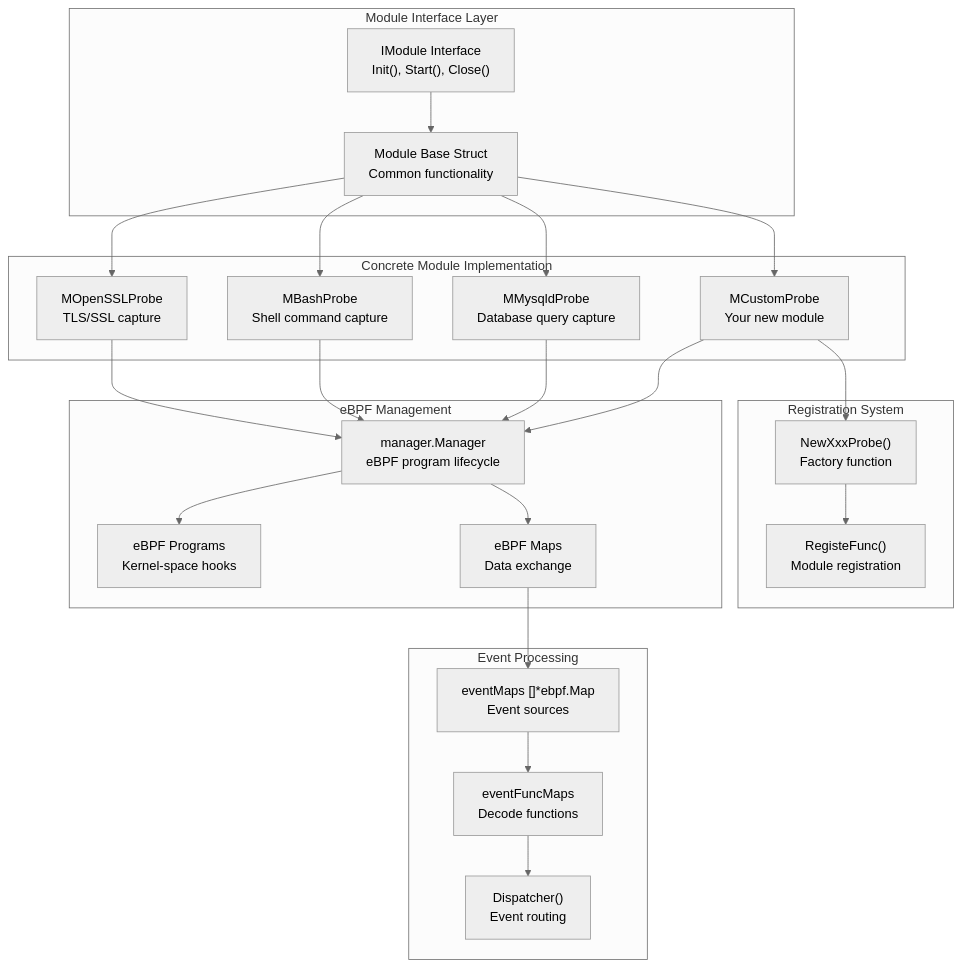
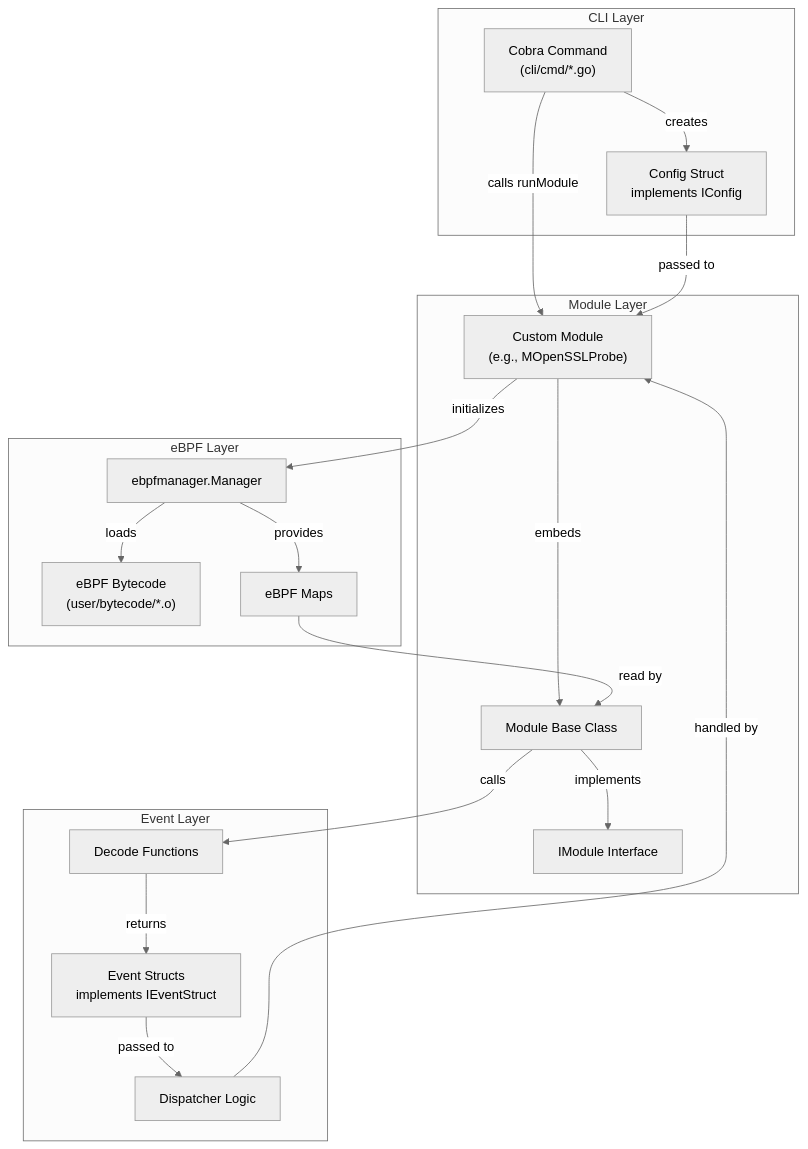
One commit to gojue/ecapture.cc changed the first of 4 diagrams in src/en/5-development-guide/5.3-adding-new-modules.md. Above: the diagram before and after it, drawn with Mermaid (neutral theme). The commit also changed other lines of this file and 115 other files, not shown here.

````diff
--- a/src/en/5-development-guide/5.3-adding-new-modules.md
+++ b/src/en/5-development-guide/5.3-adding-new-modules.md
@@ -35,52 +47,42 @@
 ```mermaid
 graph TB
-    subgraph "Module Interface Layer"
-        IModule["IModule Interface<br/>Init(), Start(), Close()"]
-        Module["Module Base Struct<br/>Common functionality"]
+    subgraph "CLI Layer"
+        CMD["Cobra Command<br/>(cli/cmd/*.go)"]
+        CONFIG["Config Struct<br/>implements IConfig"]
     end
     
-    subgraph "Concrete Module Implementation"
-        OpenSSL["MOpenSSLProbe<br/>TLS/SSL capture"]
-        Bash["MBashProbe<br/>Shell command capture"]
-        MySQL["MMysqldProbe<br/>Database query capture"]
-        Custom["MCustomProbe<br/>Your new module"]
+    subgraph "Module Layer"
+        IMODULE["IModule Interface"]
+        BASE["Module Base Class"]
+        CUSTOM["Custom Module<br/>(e.g., MOpenSSLProbe)"]
     end
     
-    subgraph "eBPF Management"
-        Manager["manager.Manager<br/>eBPF program lifecycle"]
-        Programs["eBPF Programs<br/>Kernel-space hooks"]
-        Maps["eBPF Maps<br/>Data exchange"]
+    subgraph "eBPF Layer"
+        BYTECODE["eBPF Bytecode<br/>(user/bytecode/*.o)"]
+        MANAGER["ebpfmanager.Manager"]
+        MAPS["eBPF Maps"]
     end
     
-    subgraph "Event Processing"
-        EventMaps["eventMaps []*ebpf.Map<br/>Event sources"]
-        DecodeFun["eventFuncMaps<br/>Decode functions"]
-        Dispatcher["Dispatcher()<br/>Event routing"]
+    subgraph "Event Layer"
+        DECODER["Decode Functions"]
+        EVENTS["Event Structs<br/>implements IEventStruct"]
+        DISPATCHER["Dispatcher Logic"]
     end
     
-    subgraph "Registration System"
-        Factory["NewXxxProbe()<br/>Factory function"]
-        Register["RegisteFunc()<br/>Module registration"]
-    end
+    CMD -->|creates| CONFIG
+    CMD -->|calls runModule| CUSTOM
+    CONFIG -->|passed to| CUSTOM
     
-    IModule --> Module
-    Module --> OpenSSL
-    Module --> Bash
-    Module --> MySQL
-    Module --> Custom
+    CUSTOM -->|embeds| BASE
+    BASE -->|implements| IMODULE
     
-    OpenSSL --> Manager
-    Bash --> Manager
-    MySQL --> Manager
-    Custom --> Manager
+    CUSTOM -->|initializes| MANAGER
+    MANAGER -->|loads| BYTECODE
+    MANAGER -->|provides| MAPS
     
-    Manager --> Programs
-    Manager --> Maps
-    
-    Maps --> EventMaps
-    EventMaps --> DecodeFun
-    DecodeFun --> Dispatcher
-    
-    Custom --> Factory
-    Factory --> Register
+    MAPS -->|read by| BASE
+    BASE -->|calls| DECODER
+    DECODER -->|returns| EVENTS
+    EVENTS -->|passed to| DISPATCHER
+    DISPATCHER -->|handled by| CUSTOM
 ```
````
